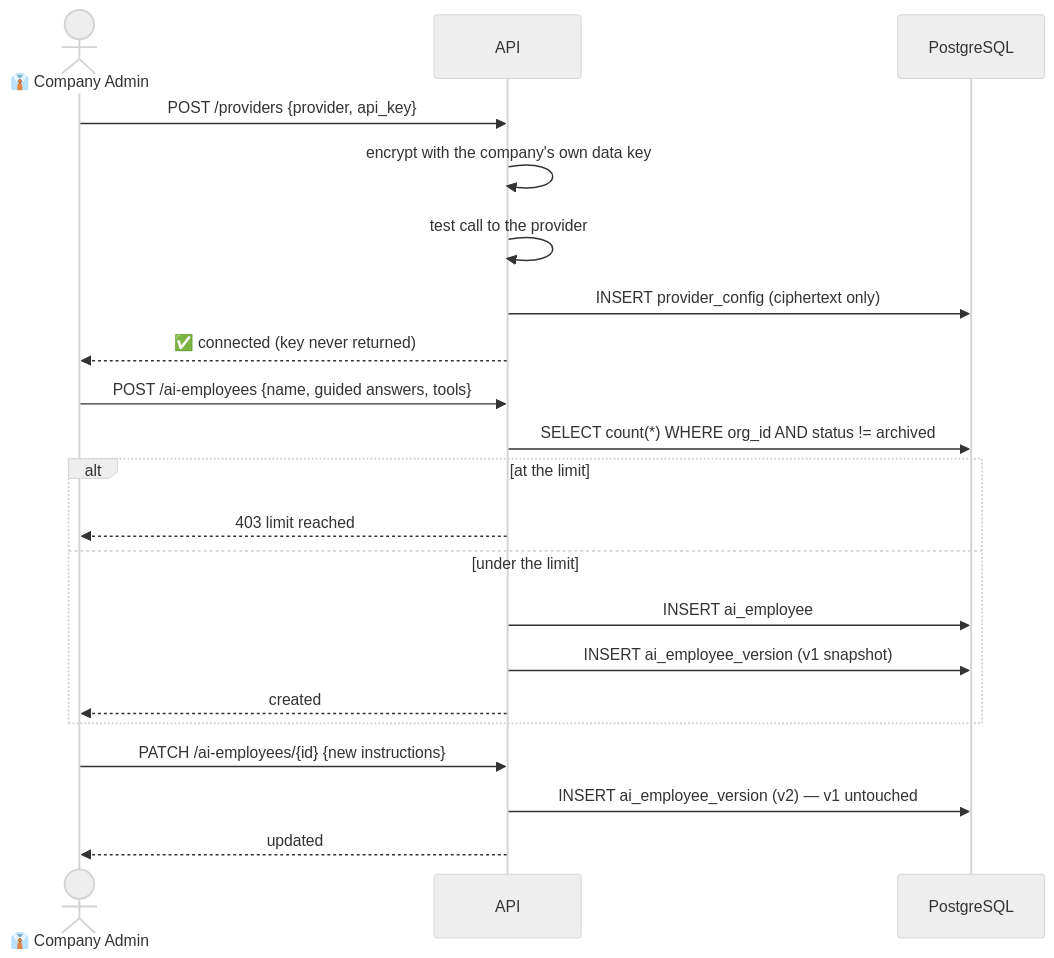
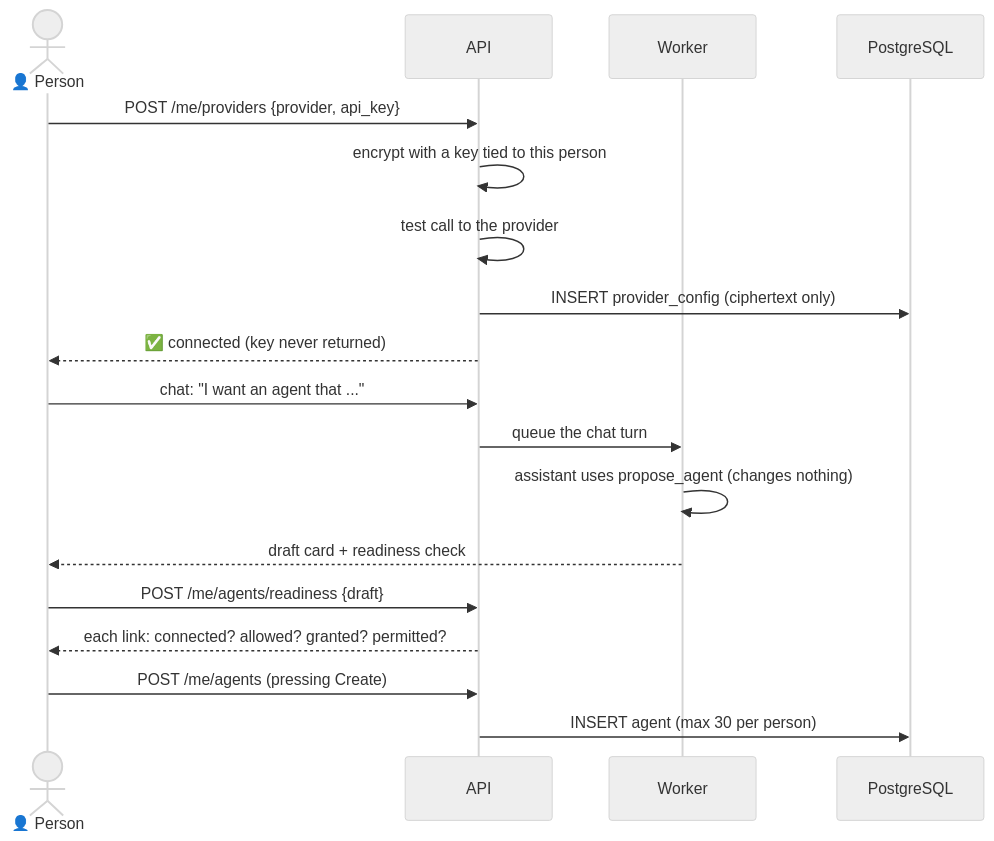
Before and after one commit to dharaneechinnu/ai-employee-platform: the eighth of 12 diagrams in docs/HLD.md, drawn with Mermaid (neutral theme). The commit also changed other lines of this file and 7 other files, not shown here.

````diff
--- a/docs/HLD.md
+++ b/docs/HLD.md
@@ -646,26 +499,22 @@
 ```mermaid
 sequenceDiagram
-    actor CA as 👔 Company Admin
+    actor P as 👤 Person
     participant API
+    participant W as Worker
     participant DB as PostgreSQL
 
-    CA->>API: POST /providers {provider, api_key}
-    API->>API: encrypt with the company's own data key
+    P->>API: POST /me/providers {provider, api_key}
+    API->>API: encrypt with a key tied to this person
     API->>API: test call to the provider
     API->>DB: INSERT provider_config (ciphertext only)
-    API-->>CA: ✅ connected (key never returned)
+    API-->>P: ✅ connected (key never returned)
 
-    CA->>API: POST /ai-employees {name, guided answers, tools}
-    API->>DB: SELECT count(*) WHERE org_id AND status != archived
-    alt at the limit
-        API-->>CA: 403 limit reached
-    else under the limit
-        API->>DB: INSERT ai_employee
-        API->>DB: INSERT ai_employee_version (v1 snapshot)
-        API-->>CA: created
-    end
-
-    CA->>API: PATCH /ai-employees/{id} {new instructions}
-    API->>DB: INSERT ai_employee_version (v2) — v1 untouched
-    API-->>CA: updated
+    P->>API: chat: "I want an agent that ..."
+    API->>W: queue the chat turn
+    W->>W: assistant uses propose_agent (changes nothing)
+    W-->>P: draft card + readiness check
+    P->>API: POST /me/agents/readiness {draft}
+    API-->>P: each link: connected? allowed? granted? permitted?
+    P->>API: POST /me/agents (pressing Create)
+    API->>DB: INSERT agent (max 30 per person)
 ```
````
